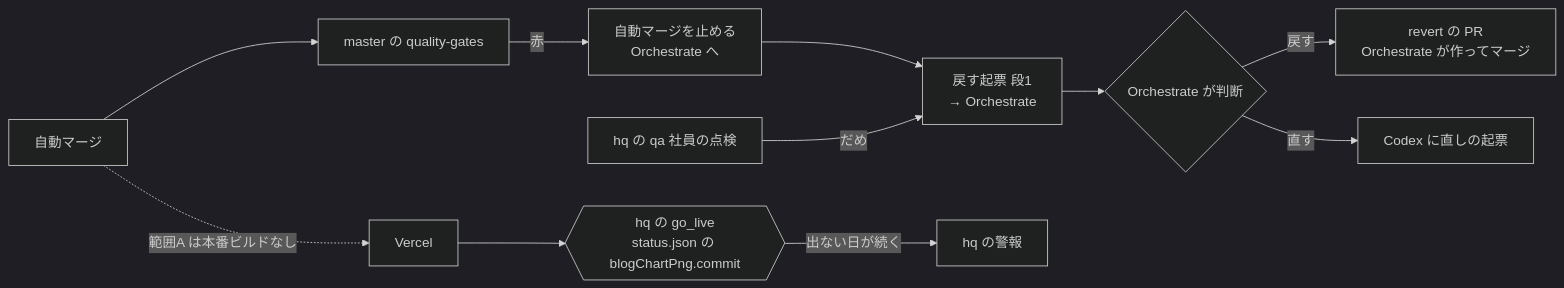
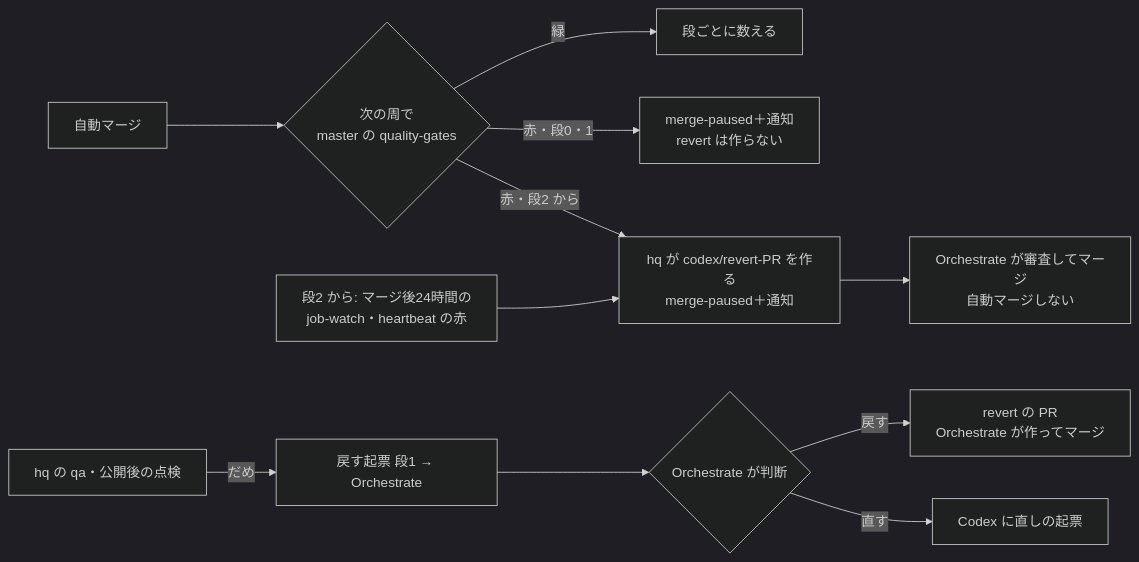
The second of 2 diagrams in docs/design/codex-direct-pr/design.md (rhapsody0919/boatrace-ai-predictor), drawn with Mermaid (dark theme) before and after one commit. The commit also changed other lines of this file and 2 other files, not shown here.

First line of the commit message:
docs: Codex の自動マージを段0〜3と実績で広げる形に SKILL・AGENTS.md・設計を合わせる

````diff
--- a/docs/design/codex-direct-pr/design.md
+++ b/docs/design/codex-direct-pr/design.md
@@ -216,13 +226,13 @@
 ```mermaid
 flowchart LR
-  M[自動マージ] --> QG[master の quality-gates]
-  QG -->|赤| STOP[自動マージを止める<br/>Orchestrate へ]
-  STOP --> T1
-  M -.範囲A は本番ビルドなし.-> D[Vercel]
-  D --> GL{{hq の go_live<br/>status.json の blogChartPng.commit}}
-  GL -->|出ない日が続く| AL[hq の警報]
-  QA[hq の qa 社員の点検] -->|だめ| T1[戻す起票 段1<br/>→ Orchestrate]
+  M[自動マージ] --> QG{次の周で<br/>master の quality-gates}
+  QG -->|緑| C[段ごとに数える]
+  QG -->|赤・段0・1| STOP[merge-paused＋通知<br/>revert は作らない]
+  QG -->|赤・段2 から| RV[hq が codex/revert-PR を作る<br/>merge-paused＋通知]
+  JW[段2 から: マージ後24時間の<br/>job-watch・heartbeat の赤] --> RV
+  RV --> OR[Orchestrate が審査してマージ<br/>自動マージしない]
+  QA[hq の qa・公開後の点検] -->|だめ| T1[戻す起票 段1 → Orchestrate]
   T1 --> OD{Orchestrate が判断}
-  OD -->|戻す| RV[revert の PR<br/>Orchestrate が作ってマージ]
+  OD -->|戻す| RV2[revert の PR<br/>Orchestrate が作ってマージ]
   OD -->|直す| FX[Codex に直しの起票]
 ```
````
